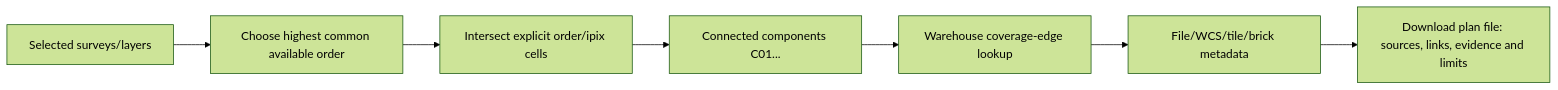
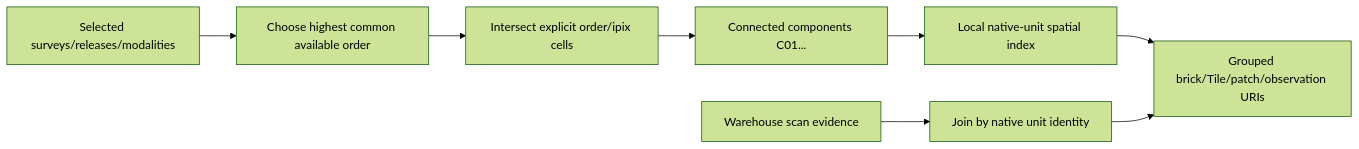
One commit to Astro-Survey-Atlas/Assets changed the third of 3 diagrams in docs/coverage-workflow.md. Above: the diagram before and after it, drawn with Mermaid (forest theme). The commit also changed other lines of this file and 40 other files, not shown here.

````diff
--- a/docs/coverage-workflow.md
+++ b/docs/coverage-workflow.md
@@ -101,9 +407,10 @@
 ```mermaid
 flowchart LR
-  A[Selected surveys/layers] --> B[Choose highest common available order]
+  A[Selected surveys/releases/modalities] --> B[Choose highest common available order]
   B --> C[Intersect explicit order/ipix cells]
   C --> D[Connected components C01...]
-  D --> E[Warehouse coverage-edge lookup]
-  E --> F[File/WCS/tile/brick metadata]
-  F --> G[Download plan file: sources, links, evidence and limits]
+  D --> E[Local native-unit spatial index]
+  E --> F[Grouped brick/Tile/patch/observation URIs]
+  G[Warehouse scan evidence] --> H[Join by native unit identity]
+  H --> F
 ```
````
